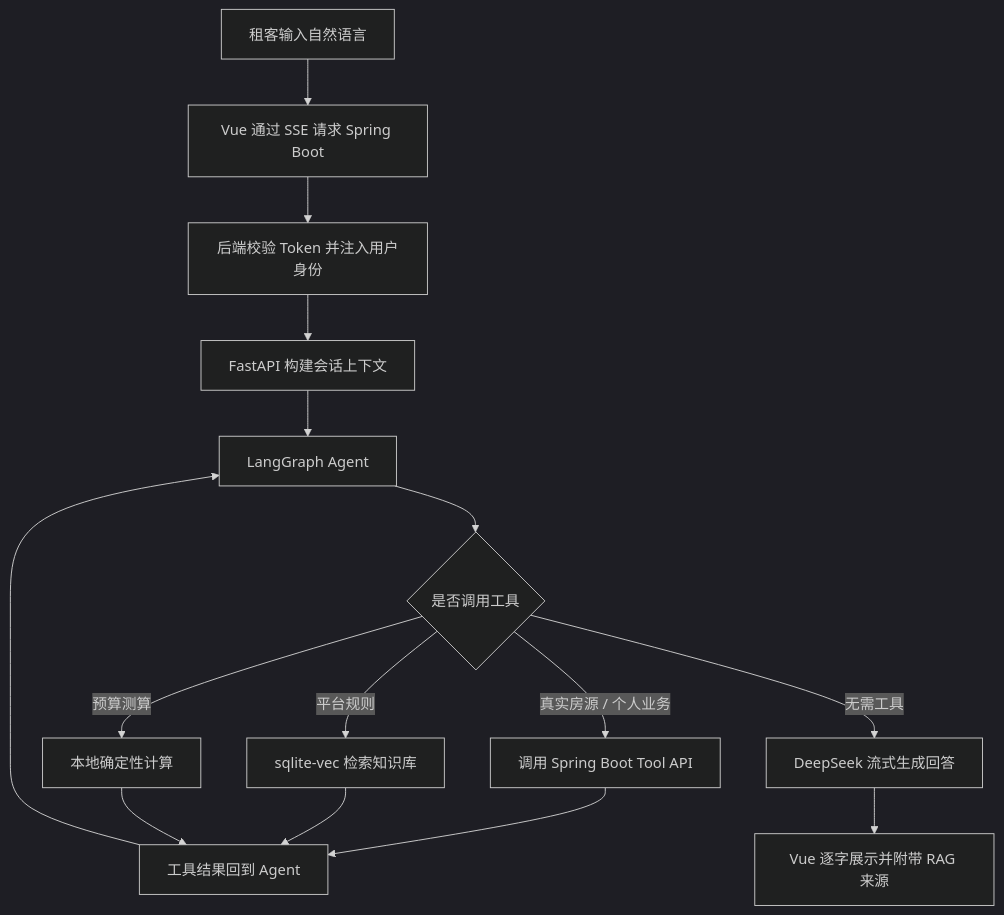
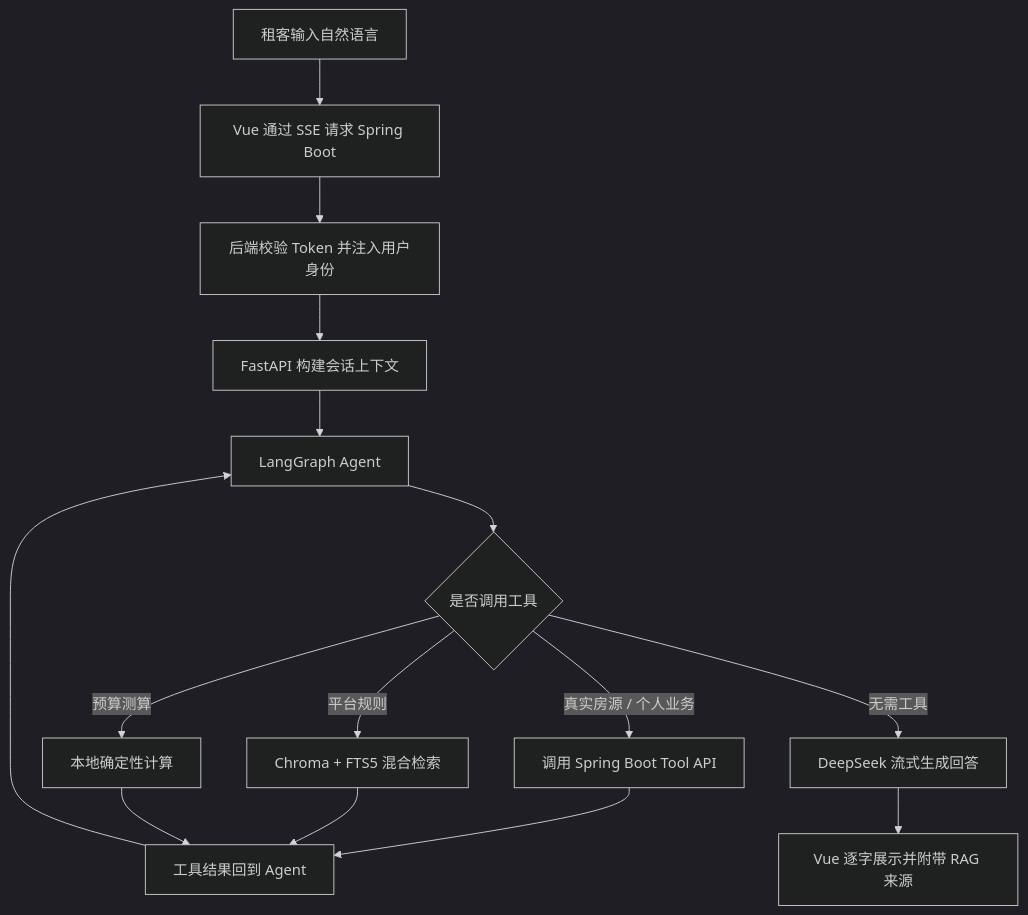
One commit to yunjianyoufeng/house-rental-agent-system changed the second of 2 diagrams in README.md. Above: the diagram before and after it, drawn with Mermaid (dark theme). The commit also changed other lines of this file and 27 other files, not shown here.

````diff
--- a/README.md
+++ b/README.md
@@ -111,17 +111,17 @@
 ```mermaid
 flowchart TD
     A[租客输入自然语言] --> B[Vue 通过 SSE 请求 Spring Boot]
     B --> C[后端校验 Token 并注入用户身份]
     C --> D[FastAPI 构建会话上下文]
     D --> E[LangGraph Agent]
     E --> F{是否调用工具}
     F -->|真实房源 / 个人业务| G[调用 Spring Boot Tool API]
-    F -->|平台规则| H[sqlite-vec 检索知识库]
+    F -->|平台规则| H[Chroma + FTS5 混合检索]
     F -->|预算测算| I[本地确定性计算]
     G --> J[工具结果回到 Agent]
     H --> J
     I --> J
     J --> E
     F -->|无需工具| K[DeepSeek 流式生成回答]
     K --> L[Vue 逐字展示并附带 RAG 来源]
 ```
````
